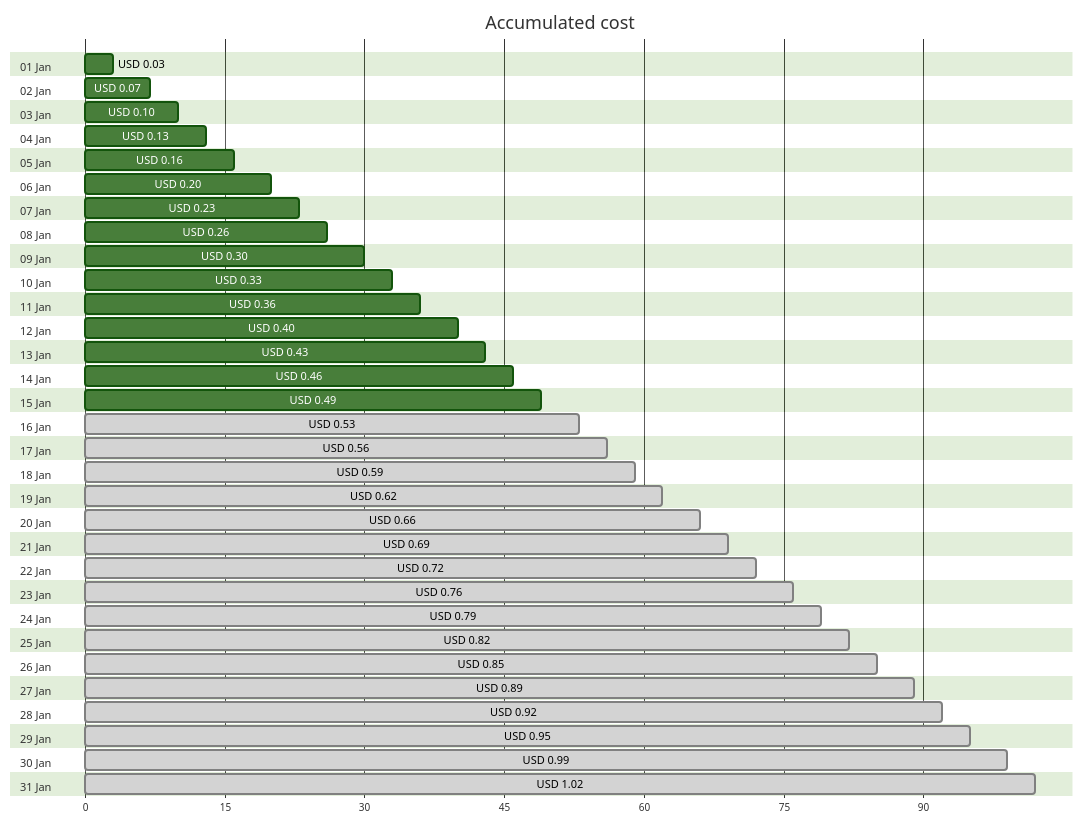
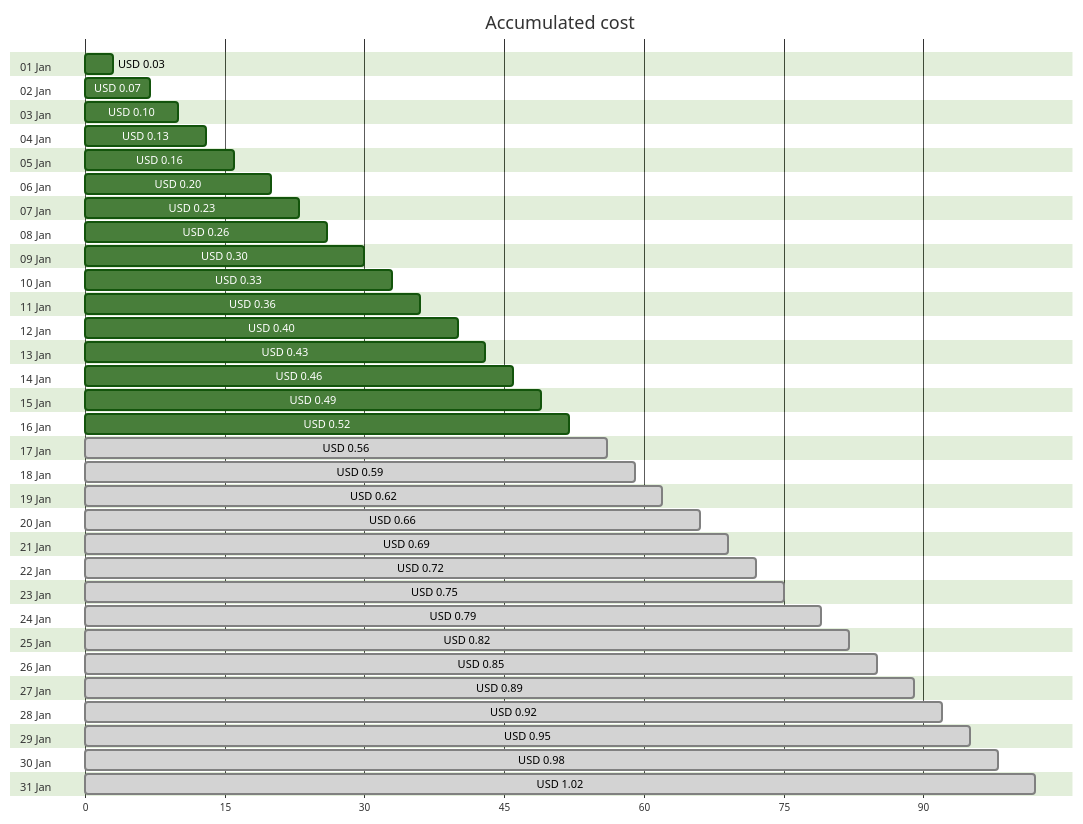
One commit to jpfulton/azure-personal-reports changed the first of 4 diagrams in cost-reports/personal-dns/README.md. Above: the diagram before and after it, drawn with Mermaid (forest theme). The commit also changed other lines of this file and 2 other files, not shown here.

````diff
--- a/cost-reports/personal-dns/README.md
+++ b/cost-reports/personal-dns/README.md
@@ -20,68 +20,68 @@
 ```mermaid
 gantt
    title Accumulated cost
    dateFormat  X
    axisFormat %s
    section 01 Jan
    USD 0.03 :0, 3
    section 02 Jan
    USD 0.07 :0, 7
    section 03 Jan
    USD 0.10 :0, 10
    section 04 Jan
    USD 0.13 :0, 13
    section 05 Jan
    USD 0.16 :0, 16
    section 06 Jan
    USD 0.20 :0, 20
    section 07 Jan
    USD 0.23 :0, 23
    section 08 Jan
    USD 0.26 :0, 26
    section 09 Jan
    USD 0.30 :0, 30
    section 10 Jan
    USD 0.33 :0, 33
    section 11 Jan
    USD 0.36 :0, 36
    section 12 Jan
    USD 0.40 :0, 40
    section 13 Jan
    USD 0.43 :0, 43
    section 14 Jan
    USD 0.46 :0, 46
    section 15 Jan
    USD 0.49 :0, 49
    section 16 Jan
-   USD 0.53 : done, 0, 53
+   USD 0.52 :0, 52
    section 17 Jan
    USD 0.56 : done, 0, 56
    section 18 Jan
    USD 0.59 : done, 0, 59
    section 19 Jan
    USD 0.62 : done, 0, 62
    section 20 Jan
    USD 0.66 : done, 0, 66
    section 21 Jan
    USD 0.69 : done, 0, 69
    section 22 Jan
    USD 0.72 : done, 0, 72
    section 23 Jan
-   USD 0.76 : done, 0, 76
+   USD 0.75 : done, 0, 75
    section 24 Jan
    USD 0.79 : done, 0, 79
    section 25 Jan
    USD 0.82 : done, 0, 82
    section 26 Jan
    USD 0.85 : done, 0, 85
    section 27 Jan
    USD 0.89 : done, 0, 89
    section 28 Jan
    USD 0.92 : done, 0, 92
    section 29 Jan
    USD 0.95 : done, 0, 95
    section 30 Jan
-   USD 0.99 : done, 0, 99
+   USD 0.98 : done, 0, 98
    section 31 Jan
    USD 1.02 : done, 0, 102
 ```
````
